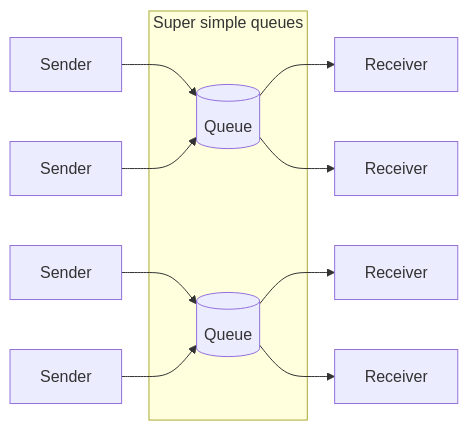
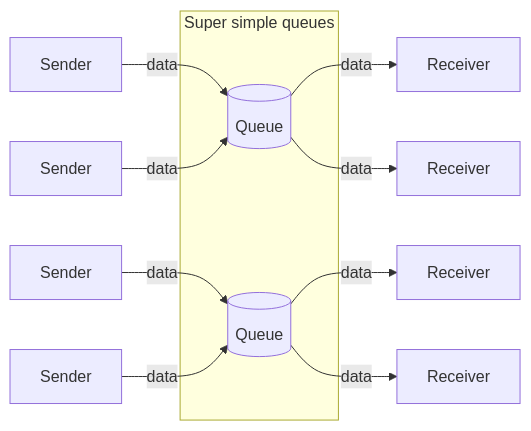
One commit to stepan-0x28/super-simple-queues changed the first of 2 diagrams in README.md. Above: the diagram before and after it, drawn with Mermaid. The commit also changed other lines of this file, not shown here.

````diff
--- a/README.md
+++ b/README.md
@@ -28,21 +10,21 @@
 ```mermaid
 flowchart LR
     q1[(Queue)]
     q2[(Queue)]
     s1[Sender]
     s2[Sender]
     s3[Sender]
     s4[Sender]
     r1[Receiver]
     r2[Receiver]
     r3[Receiver]
     r4[Receiver]
 
     subgraph Super simple queues
         q1
         q2
     end
 
-    s1 & s2 --> q1 --> r1 & r2
-    s3 & s4 --> q2 --> r3 & r4
+    s1 & s2 -- data --> q1 -- data --> r1 & r2
+    s3 & s4 -- data --> q2 -- data --> r3 & r4
 ```
````
